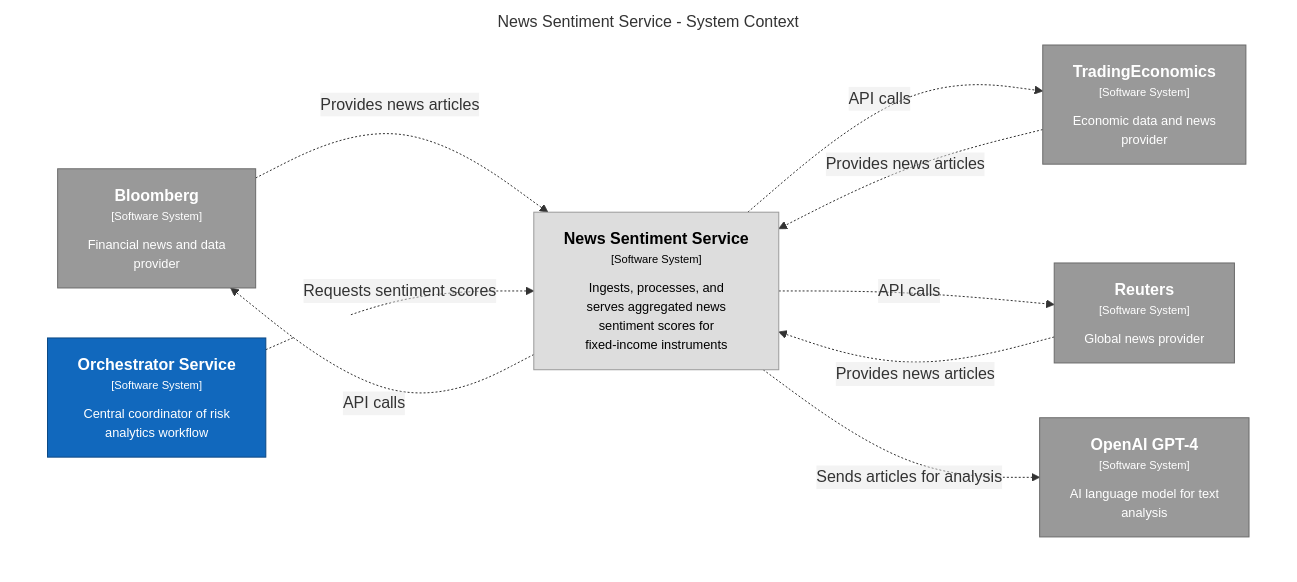
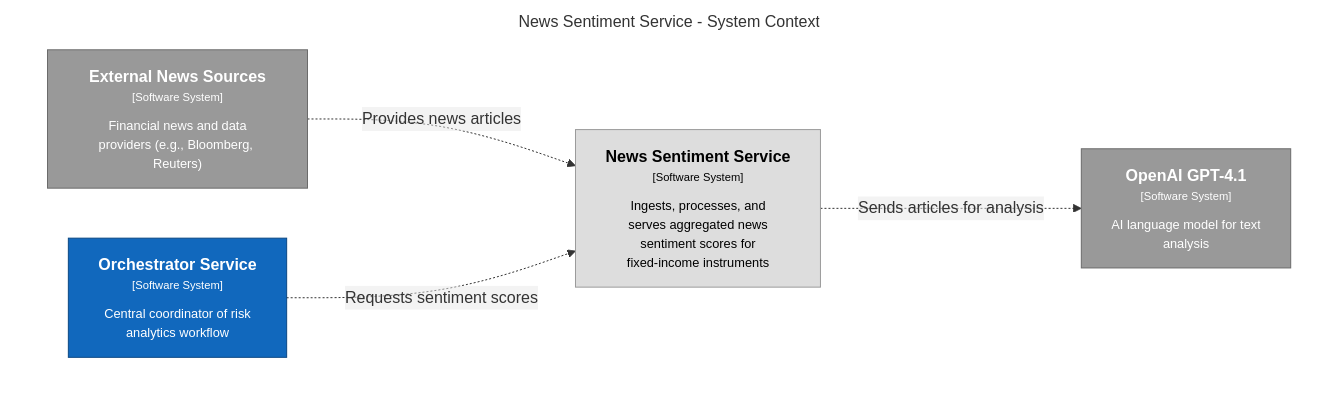
The second of 6 diagrams in risk-analytics-agent/ai_docs/1_architecture/NewsSentimentService_SystemArchitecture.md (vladavilov/playground), drawn with Mermaid before and after one commit. The commit also changed other lines of this file and 7 other files, not shown here.

Commit message:
Update News Sentiment Service documentation to version 1.2. Revise architecture details, including the integration of GPT-4.1, and enhance component descriptions. Remove outdated C4 DSL and mermaid diagram files for improved clarity and organization.

````diff
--- a/risk-analytics-agent/ai_docs/1_architecture/NewsSentimentService_SystemArchitecture.md
+++ b/risk-analytics-agent/ai_docs/1_architecture/NewsSentimentService_SystemArchitecture.md
@@ -118,30 +99,21 @@
 ```mermaid
 graph TB
   linkStyle default fill:#ffffff
 
   subgraph diagram ["News Sentiment Service - System Context"]
     style diagram fill:#ffffff,stroke:#ffffff
 
-    1["<div style='font-weight: bold'>Bloomberg</div><div style='font-size: 70%; margin-top: 0px'>[Software System]</div><div style='font-size: 80%; margin-top:10px'>Financial news and data<br />provider</div>"]
+    1["<div style='font-weight: bold'>External News Sources</div><div style='font-size: 70%; margin-top: 0px'>[Software System]</div><div style='font-size: 80%; margin-top:10px'>Financial news and data<br />providers (e.g., Bloomberg, Reuters)</div>"]
     style 1 fill:#999999,stroke:#6b6b6b,color:#ffffff
-    2["<div style='font-weight: bold'>TradingEconomics</div><div style='font-size: 70%; margin-top: 0px'>[Software System]</div><div style='font-size: 80%; margin-top:10px'>Economic data and news<br />provider</div>"]
-    style 2 fill:#999999,stroke:#6b6b6b,color:#ffffff
-    3["<div style='font-weight: bold'>Reuters</div><div style='font-size: 70%; margin-top: 0px'>[Software System]</div><div style='font-size: 80%; margin-top:10px'>Global news provider</div>"]
-    style 3 fill:#999999,stroke:#6b6b6b,color:#ffffff
-    4["<div style='font-weight: bold'>OpenAI GPT-4</div><div style='font-size: 70%; margin-top: 0px'>[Software System]</div><div style='font-size: 80%; margin-top:10px'>AI language model for text<br />analysis</div>"]
+    4["<div style='font-weight: bold'>OpenAI GPT-4.1</div><div style='font-size: 70%; margin-top: 0px'>[Software System]</div><div style='font-size: 80%; margin-top:10px'>AI language model for text<br />analysis</div>"]
     style 4 fill:#999999,stroke:#6b6b6b,color:#ffffff
     6["<div style='font-weight: bold'>Orchestrator Service</div><div style='font-size: 70%; margin-top: 0px'>[Software System]</div><div style='font-size: 80%; margin-top:10px'>Central coordinator of risk<br />analytics workflow</div>"]
     style 6 fill:#1168bd,stroke:#0b4884,color:#ffffff
     7["<div style='font-weight: bold'>News Sentiment Service</div><div style='font-size: 70%; margin-top: 0px'>[Software System]</div><div style='font-size: 80%; margin-top:10px'>Ingests, processes, and<br />serves aggregated news<br />sentiment scores for<br />fixed-income instruments</div>"]
     style 7 fill:#dddddd,stroke:#9a9a9a,color:#000000
 
     1-. "<div>Provides news articles</div><div style='font-size: 70%'></div>" .->7
-    2-. "<div>Provides news articles</div><div style='font-size: 70%'></div>" .->7
-    3-. "<div>Provides news articles</div><div style='font-size: 70%'></div>" .->7
     7-. "<div>Sends articles for analysis</div><div style='font-size: 70%'></div>" .->4
     6-. "<div>Requests sentiment scores</div><div style='font-size: 70%'></div>" .->7
-    7-. "<div>API calls</div><div style='font-size: 70%'></div>" .->1
-    7-. "<div>API calls</div><div style='font-size: 70%'></div>" .->2
-    7-. "<div>API calls</div><div style='font-size: 70%'></div>" .->3
   end
 ```
````
